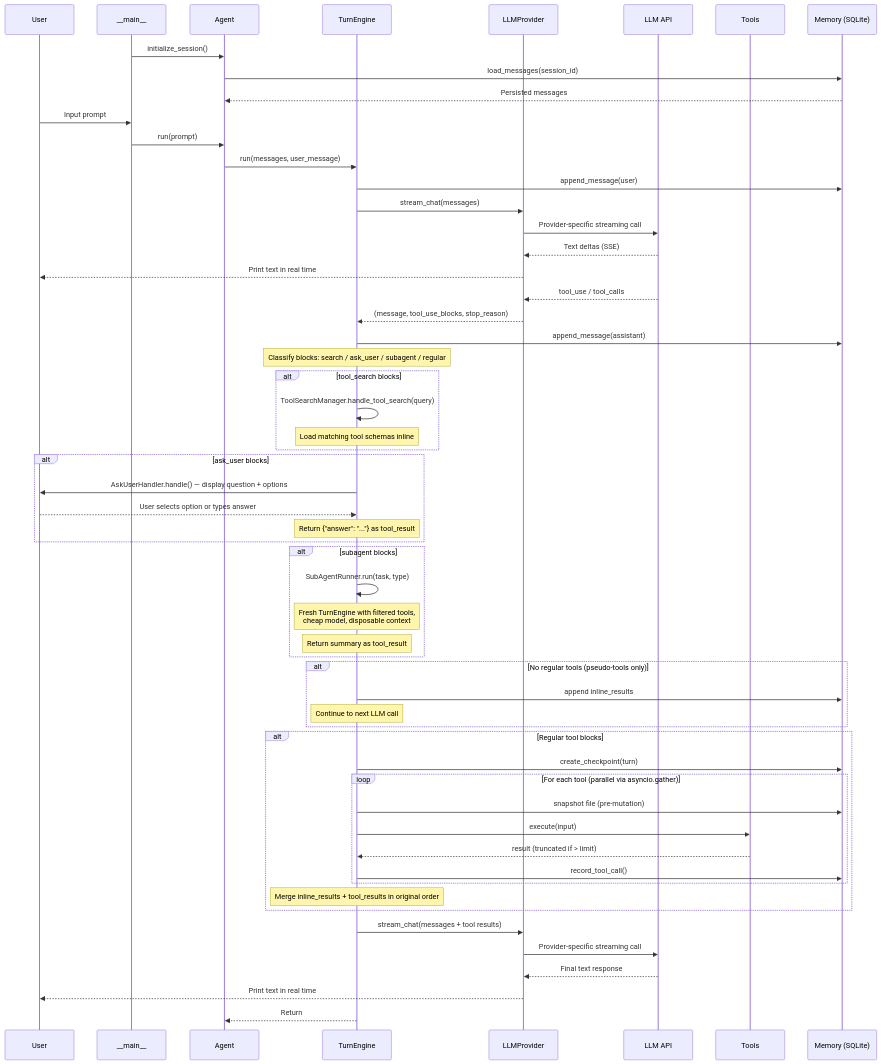
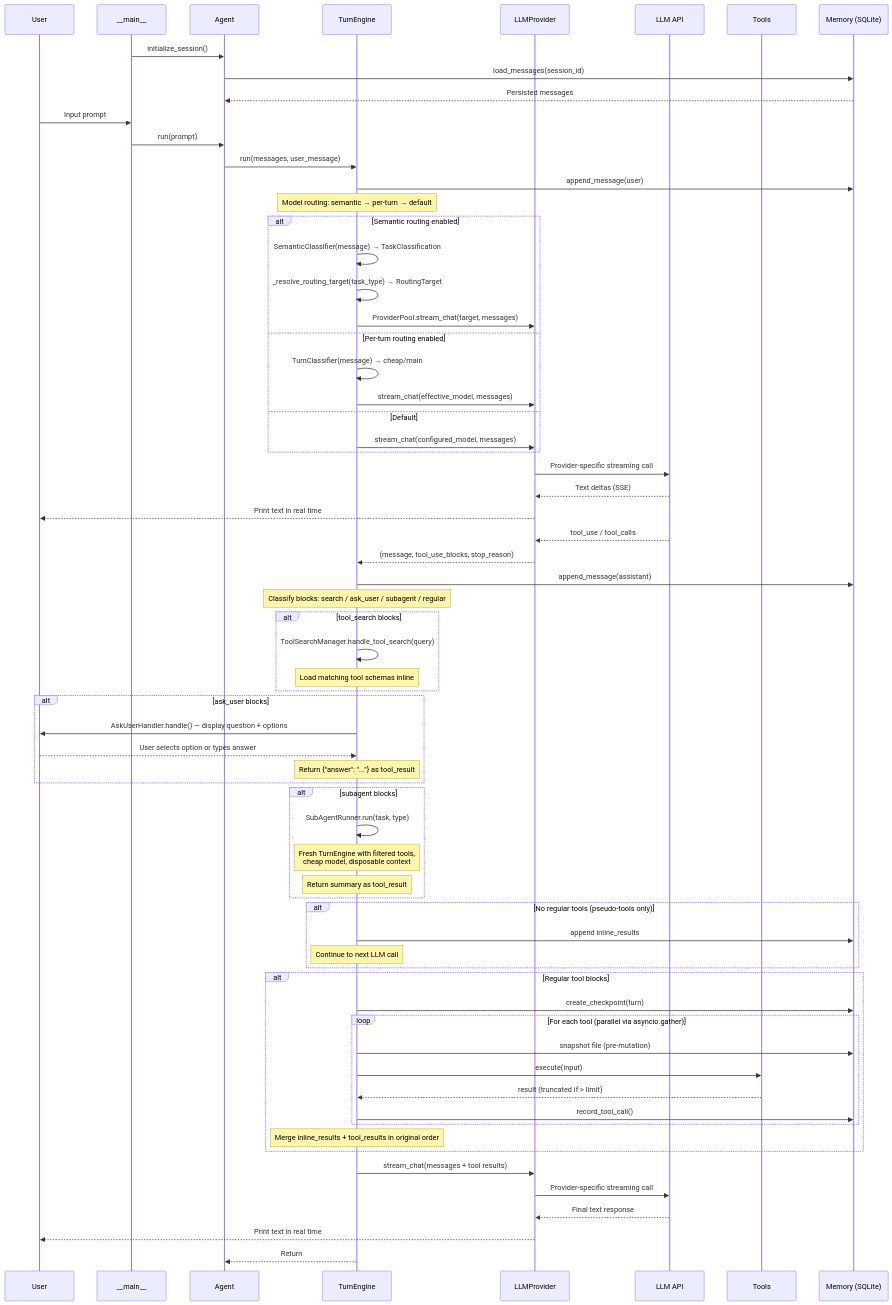
Before and after one commit to StephenDenisEdwards/micro-x-agent-loop-python: the third of 3 diagrams in documentation/docs/architecture/SAD.md, drawn with Mermaid. The commit also changed other lines of this file and 2 other files, not shown here.

First line of the commit message:
docs: add model routing coverage to SAD and ADR index

````diff
--- a/documentation/docs/architecture/SAD.md
+++ b/documentation/docs/architecture/SAD.md
@@ -256,68 +267,80 @@
 ```mermaid
 sequenceDiagram
     participant U as User
     participant M as __main__
     participant A as Agent
     participant TE as TurnEngine
     participant P as LLMProvider
     participant API as LLM API
     participant T as Tools
     participant Mem as Memory (SQLite)
 
     M->>A: initialize_session()
     A->>Mem: load_messages(session_id)
     Mem-->>A: Persisted messages
 
     U->>M: Input prompt
     M->>A: run(prompt)
     A->>TE: run(messages, user_message)
     TE->>Mem: append_message(user)
-    TE->>P: stream_chat(messages)
+
+    Note over TE: Model routing: semantic → per-turn → default
+    alt Semantic routing enabled
+        TE->>TE: SemanticClassifier(message) → TaskClassification
+        TE->>TE: _resolve_routing_target(task_type) → RoutingTarget
+        TE->>P: ProviderPool.stream_chat(target, messages)
+    else Per-turn routing enabled
+        TE->>TE: TurnClassifier(message) → cheap/main
+        TE->>P: stream_chat(effective_model, messages)
+    else Default
+        TE->>P: stream_chat(configured_model, messages)
+    end
+
     P->>API: Provider-specific streaming call
     API-->>P: Text deltas (SSE)
     P-->>U: Print text in real time
     API-->>P: tool_use / tool_calls
     P-->>TE: (message, tool_use_blocks, stop_reason)
     TE->>Mem: append_message(assistant)
 
     Note over TE: Classify blocks: search / ask_user / subagent / regular
 
     alt tool_search blocks
         TE->>TE: ToolSearchManager.handle_tool_search(query)
         Note over TE: Load matching tool schemas inline
     end
 
     alt ask_user blocks
         TE->>U: AskUserHandler.handle() — display question + options
         U-->>TE: User selects option or types answer
         Note over TE: Return {"answer": "..."} as tool_result
     end
 
     alt subagent blocks
         TE->>TE: SubAgentRunner.run(task, type)
         Note over TE: Fresh TurnEngine with filtered tools,<br/>cheap model, disposable context
         Note over TE: Return summary as tool_result
     end
 
     alt No regular tools (pseudo-tools only)
         TE->>Mem: append inline_results
         Note over TE: Continue to next LLM call
     end
 
     alt Regular tool blocks
         TE->>Mem: create_checkpoint(turn)
         loop For each tool (parallel via asyncio.gather)
             TE->>Mem: snapshot file (pre-mutation)
             TE->>T: execute(input)
             T-->>TE: result (truncated if > limit)
             TE->>Mem: record_tool_call()
         end
         Note over TE: Merge inline_results + tool_results in original order
     end
 
     TE->>P: stream_chat(messages + tool results)
     P->>API: Provider-specific streaming call
     API-->>P: Final text response
     P-->>U: Print text in real time
     TE-->>A: Return
 ```
````
